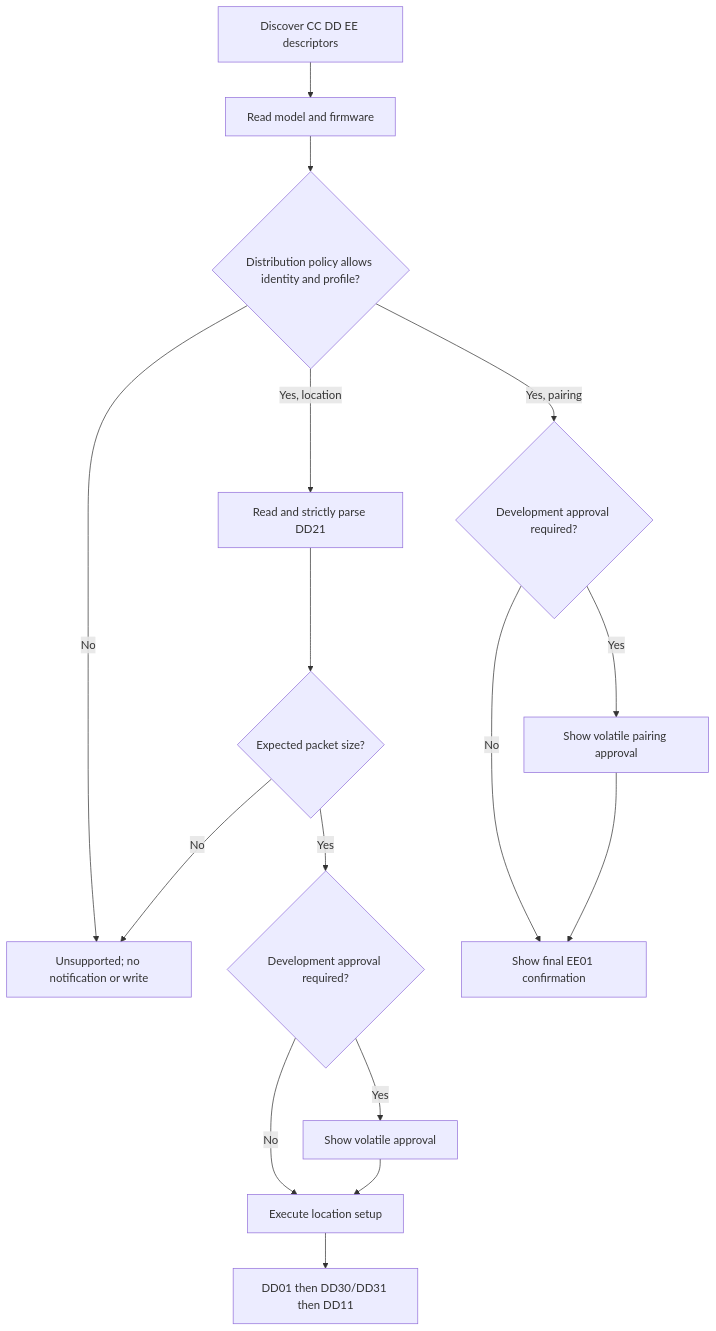
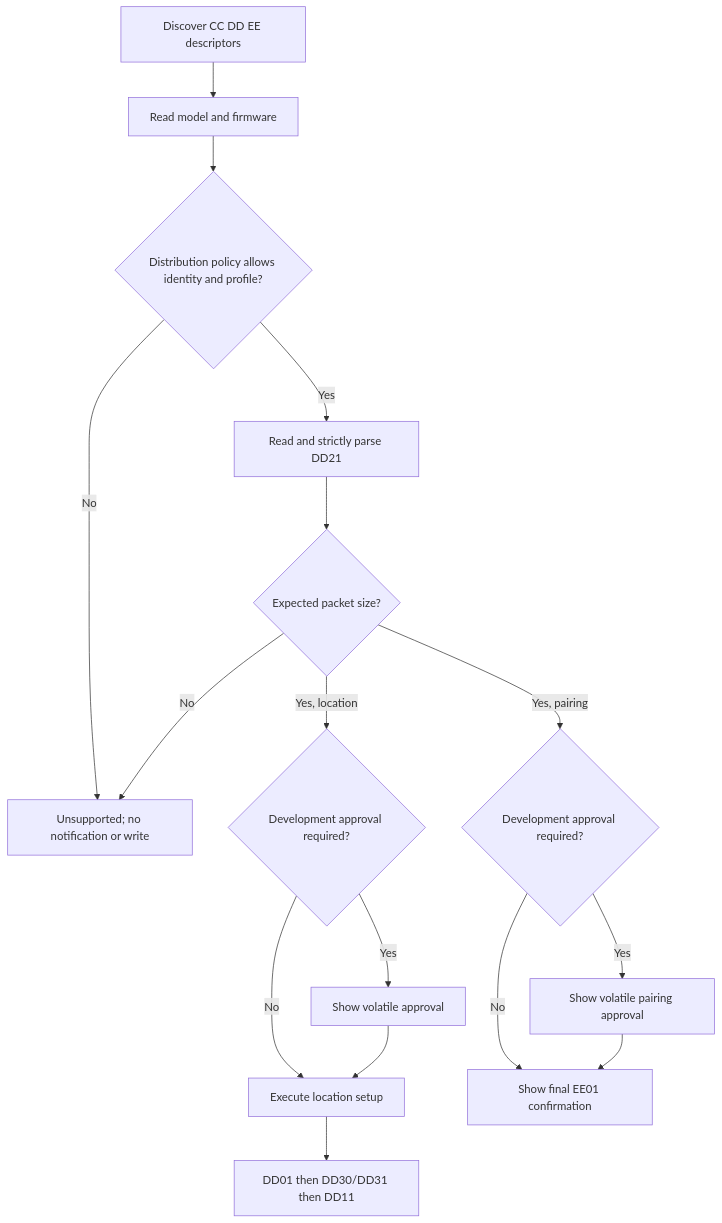
One commit to narumiruna/camera-gps-link changed the diagram in docs/plans/2026-08-31_ios-a7c2-release-gate-implementation-plan.md. Above: the diagram before and after it, drawn with Mermaid. The commit also changed other lines of this file and 3 other files, not shown here.

````diff
--- a/docs/plans/2026-08-31_ios-a7c2-release-gate-implementation-plan.md
+++ b/docs/plans/2026-08-31_ios-a7c2-release-gate-implementation-plan.md
@@ -41,18 +41,18 @@
 ```mermaid
 flowchart TD
     A[Discover CC DD EE descriptors] --> B[Read model and firmware]
     B --> C{Distribution policy allows identity and profile?}
     C -- No --> X[Unsupported; no notification or write]
-    C -- Yes, location --> D[Read and strictly parse DD21]
+    C -- Yes --> D[Read and strictly parse DD21]
     D --> E{Expected packet size?}
     E -- No --> X
-    E -- Yes --> F{Development approval required?}
+    E -- Yes, location --> F{Development approval required?}
     F -- Yes --> G[Show volatile approval]
     F -- No --> H[Execute location setup]
     G --> H
     H --> I[DD01 then DD30/DD31 then DD11]
-    C -- Yes, pairing --> J{Development approval required?}
+    E -- Yes, pairing --> J{Development approval required?}
     J -- Yes --> K[Show volatile pairing approval]
     J -- No --> L[Show final EE01 confirmation]
     K --> L
 ```
````
